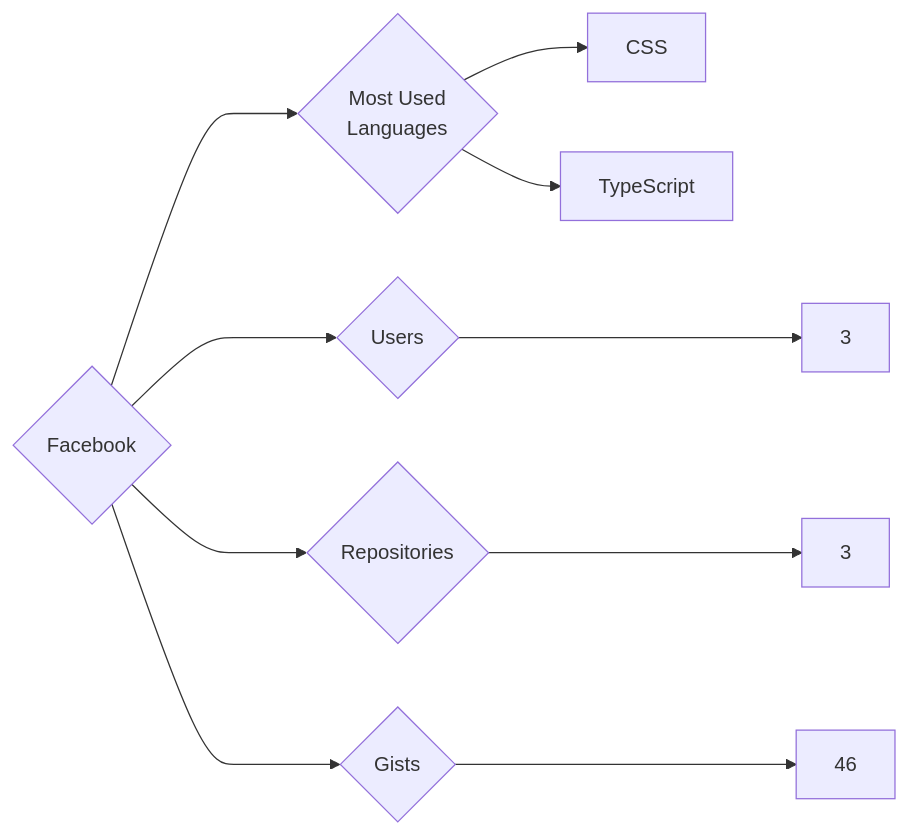
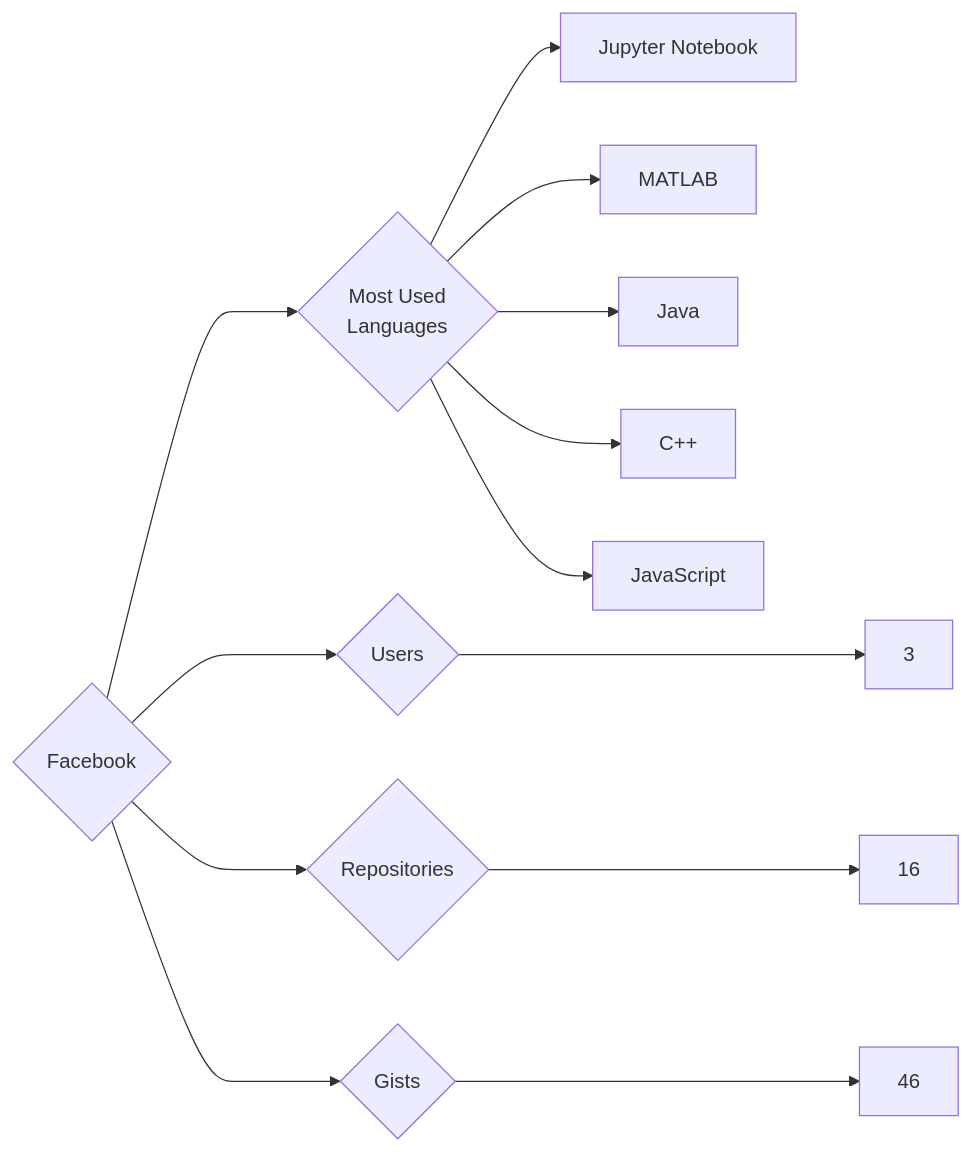
The diagram in targets/Facebook/README.md (trickest/insiders), drawn with Mermaid before and after one commit. The commit also changed 840 other files, not shown here.

````diff
--- a/targets/Facebook/README.md
+++ b/targets/Facebook/README.md
@@ -3,10 +3,13 @@
 ```mermaid
 graph LR
 COMPANY_NAME{Facebook}
 COMPANY_NAME ---> U{Users} ---> UN[3]
-COMPANY_NAME ---> R{Repositories} ---> RN[3]
+COMPANY_NAME ---> R{Repositories} ---> RN[16]
 COMPANY_NAME ---> G{Gists} ---> GN[46]
 COMPANY_NAME ---> ML{Most Used<br>Languages}
-ML --> CSS[CSS]
-ML --> TypeScript[TypeScript]
+ML --> Jupyter_Notebook[Jupyter Notebook]
+ML --> MATLAB[MATLAB]
+ML --> Java[Java]
+ML --> C++[C++]
+ML --> JavaScript[JavaScript]
 ```
````
